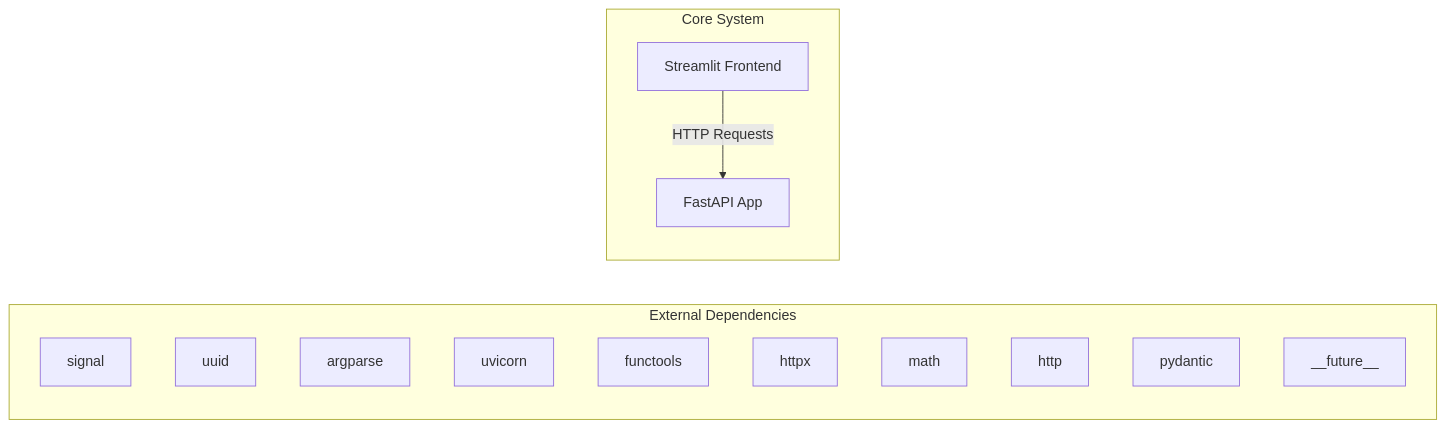
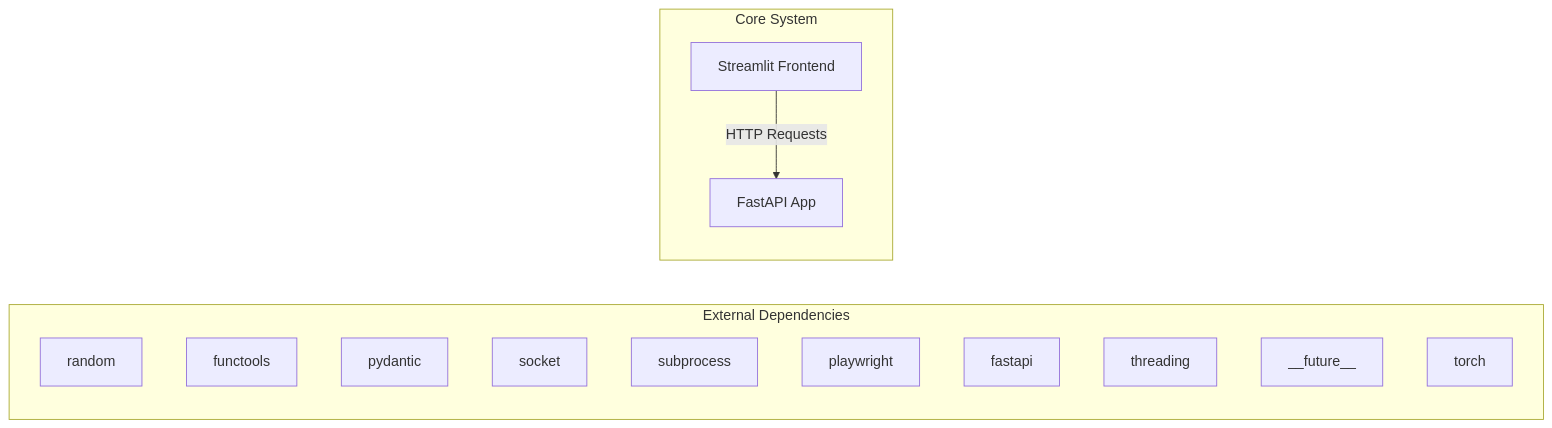
The first of 2 diagrams in docs/architecture.md (NITISH-R-G/rag-context-optimizer), drawn with Mermaid before and after one commit. The commit also changed 1 other file, not shown here.

Commit message:
docs: auto-update repository knowledge, architecture diagrams, and documentation

````diff
--- a/docs/architecture.md
+++ b/docs/architecture.md
@@ -7,20 +7,20 @@
 ```mermaid
 graph LR
     subgraph External Dependencies
-        E0["signal"]
-        E1["uuid"]
-        E2["argparse"]
-        E3["uvicorn"]
-        E4["functools"]
-        E5["httpx"]
-        E6["math"]
-        E7["http"]
-        E8["pydantic"]
-        E9["__future__"]
+        E0["random"]
+        E1["functools"]
+        E2["pydantic"]
+        E3["socket"]
+        E4["subprocess"]
+        E5["playwright"]
+        E6["fastapi"]
+        E7["threading"]
+        E8["__future__"]
+        E9["torch"]
     end
     subgraph Core System
         API["FastAPI App"]
         UI["Streamlit Frontend"]
     end
     UI -->|HTTP Requests| API
 ```
````
